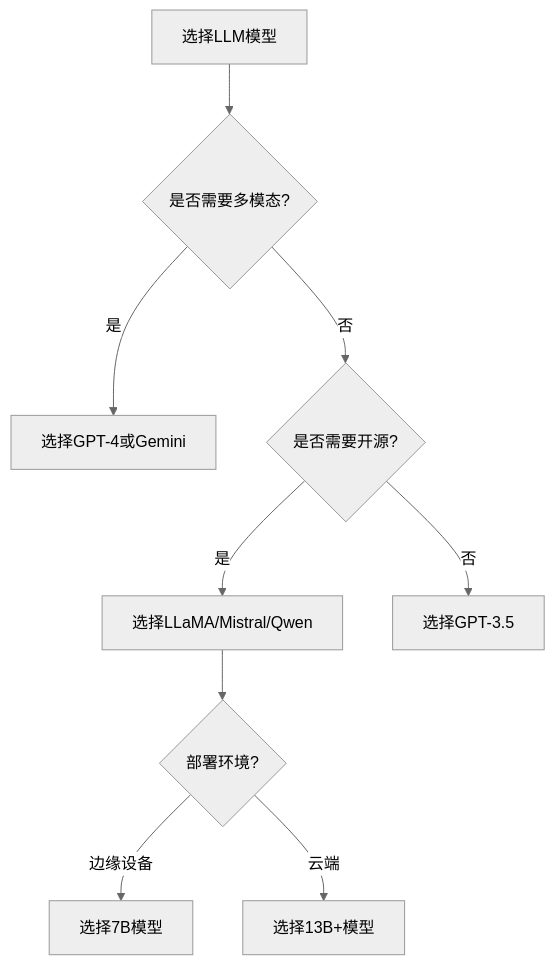
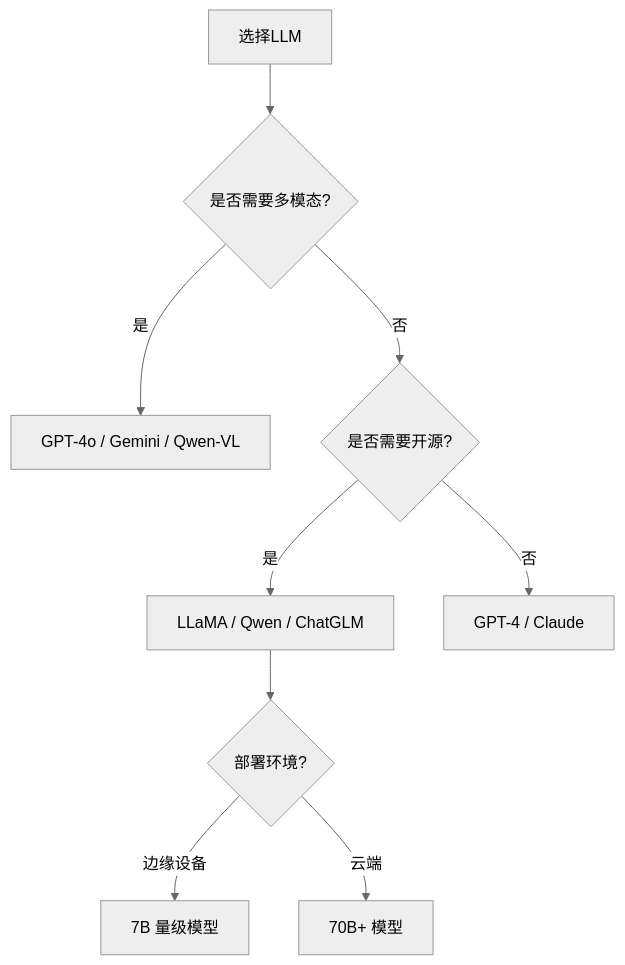
The third of 3 diagrams in 30-Resources/AI概念/02_LLM.md (yulingfeng-rgb/obsidianDocuments), drawn with Mermaid (neutral theme) before and after one commit. The commit also changed other lines of this file and 188 other files, not shown here.

````diff
--- a/30-Resources/AI概念/02_LLM.md
+++ b/30-Resources/AI概念/02_LLM.md
@@ -83,11 +82,11 @@
 ```mermaid
 graph TD
-    A[选择LLM模型] --> B{是否需要多模态?}
-    B -->|是| C[选择GPT-4或Gemini]
+    A[选择LLM] --> B{是否需要多模态?}
+    B -->|是| C[GPT-4o / Gemini / Qwen-VL]
     B -->|否| D{是否需要开源?}
-    D -->|是| E[选择LLaMA/Mistral/Qwen]
-    D -->|否| F[选择GPT-3.5]
+    D -->|是| E[LLaMA / Qwen / ChatGLM]
+    D -->|否| F[GPT-4 / Claude]
     E --> G{部署环境?}
-    G -->|边缘设备| H[选择7B模型]
-    G -->|云端| I[选择13B+模型]
+    G -->|边缘设备| H[7B 量级模型]
+    G -->|云端| I[70B+ 模型]
 ```
````
